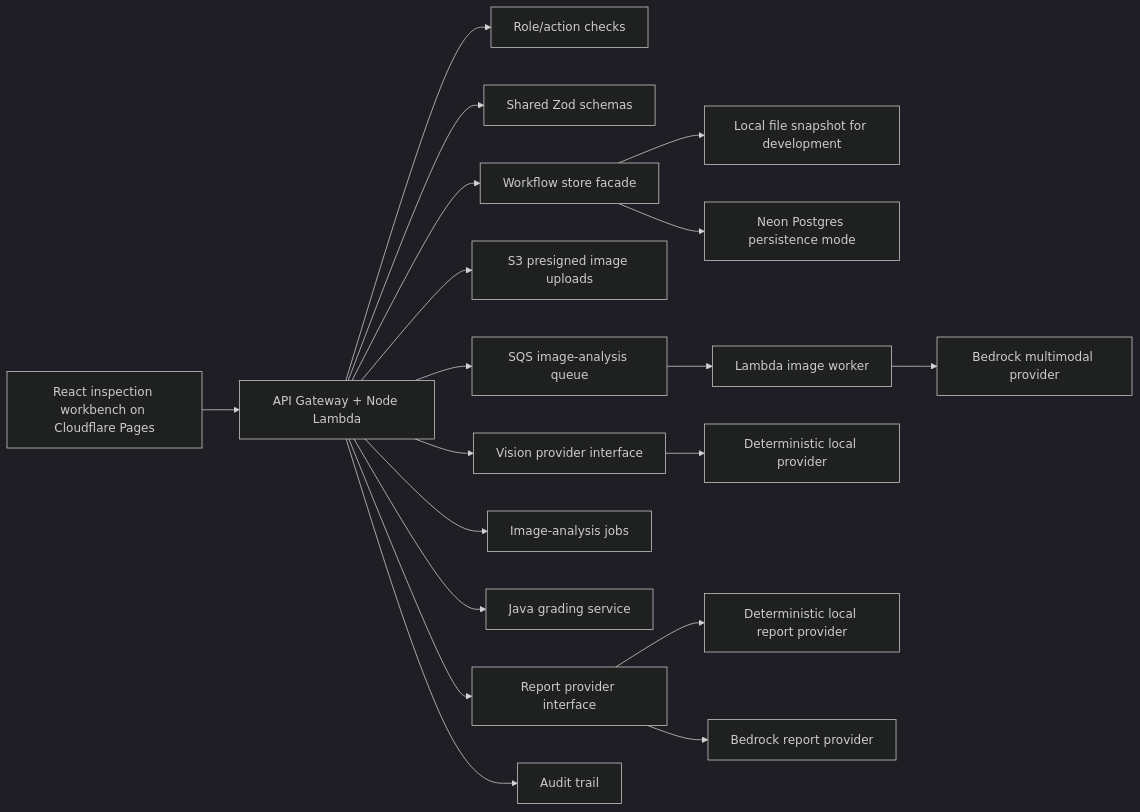
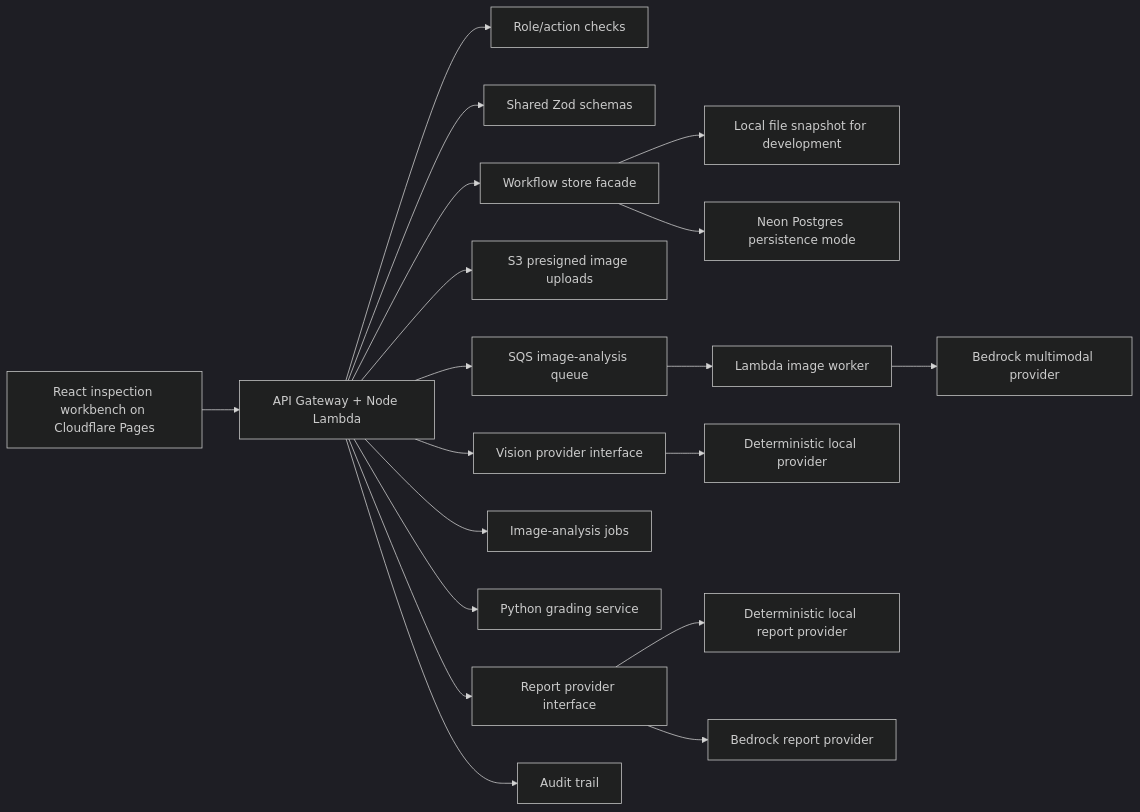
Before and after one commit to manynames3/inspectiq: the diagram in docs/architecture.md, drawn with Mermaid (dark theme). The commit also changed other lines of this file and 106 other files, not shown here.

````diff
--- a/docs/architecture.md
+++ b/docs/architecture.md
@@ -9,21 +9,21 @@
 ```mermaid
 flowchart LR
   UI[React inspection workbench on Cloudflare Pages] --> API[API Gateway + Node Lambda]
   API --> RBAC[Role/action checks]
   API --> Schemas[Shared Zod schemas]
   API --> Store[Workflow store facade]
   Store --> FileStore[Local file snapshot for development]
   Store --> PG[Neon Postgres persistence mode]
   API --> S3[S3 presigned image uploads]
   API --> Queue[SQS image-analysis queue]
   Queue --> Worker[Lambda image worker]
   API --> Vision[Vision provider interface]
   Vision --> LocalVision[Deterministic local provider]
   Worker --> BedrockVision[Bedrock multimodal provider]
   API --> Jobs[Image-analysis jobs]
-  API --> Java[Java grading service]
+  API --> Python[Python grading service]
   API --> Report[Report provider interface]
   Report --> LocalReport[Deterministic local report provider]
   Report --> BedrockReport[Bedrock report provider]
   API --> Audit[Audit trail]
 ```
````
